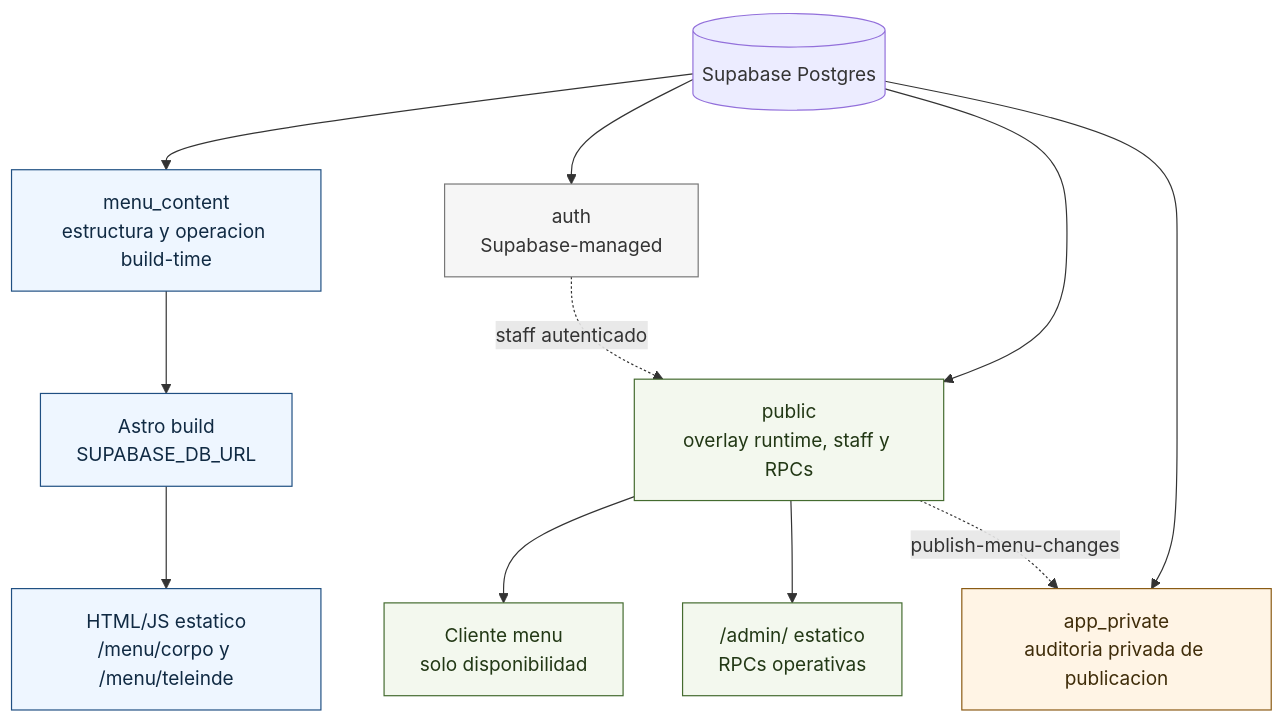
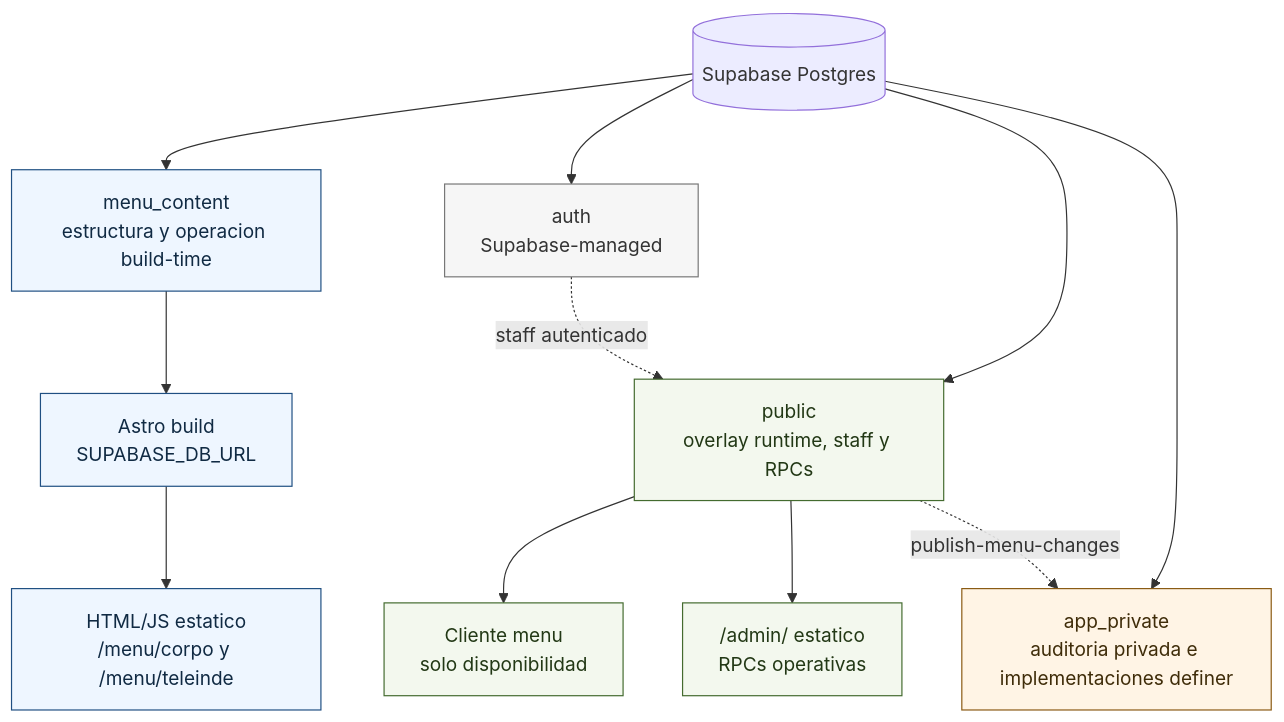
One commit to materamos/ElFaraonCatering changed the first of 3 diagrams in docs/supabase/schema-diagram.md. Above: the diagram before and after it, drawn with Mermaid. The commit also changed other lines of this file and 5 other files, not shown here.

````diff
--- a/docs/supabase/schema-diagram.md
+++ b/docs/supabase/schema-diagram.md
@@ -19,26 +19,26 @@
 ```mermaid
 flowchart TD
   DB[(Supabase Postgres)]
 
   DB --> MC["menu_content<br/>estructura y operacion build-time"]
   DB --> PUB["public<br/>overlay runtime, staff y RPCs"]
-  DB --> PRIV["app_private<br/>auditoria privada de publicacion"]
+  DB --> PRIV["app_private<br/>auditoria privada e implementaciones definer"]
   DB --> AUTH["auth<br/>Supabase-managed"]
 
   MC --> BUILD["Astro build<br/>SUPABASE_DB_URL"]
   BUILD --> STATIC["HTML/JS estatico<br/>/menu/corpo y /menu/teleinde"]
   PUB --> MENU_CLIENT["Cliente menu<br/>solo disponibilidad"]
   PUB --> ADMIN_CLIENT["/admin/ estatico<br/>RPCs operativas"]
   AUTH -. "staff autenticado" .-> PUB
   PUB -. "publish-menu-changes" .-> PRIV
 
   classDef structural fill:#eef6ff,stroke:#1f4f82,color:#102a43;
   classDef runtime fill:#f3f8ee,stroke:#446b2f,color:#223815;
   classDef private fill:#fff4e5,stroke:#8a5a13,color:#3f2c09;
   classDef platform fill:#f6f6f6,stroke:#777,color:#333;
 
   class MC,BUILD,STATIC structural;
   class PUB,MENU_CLIENT,ADMIN_CLIENT runtime;
   class PRIV private;
   class AUTH platform;
 ```
````
